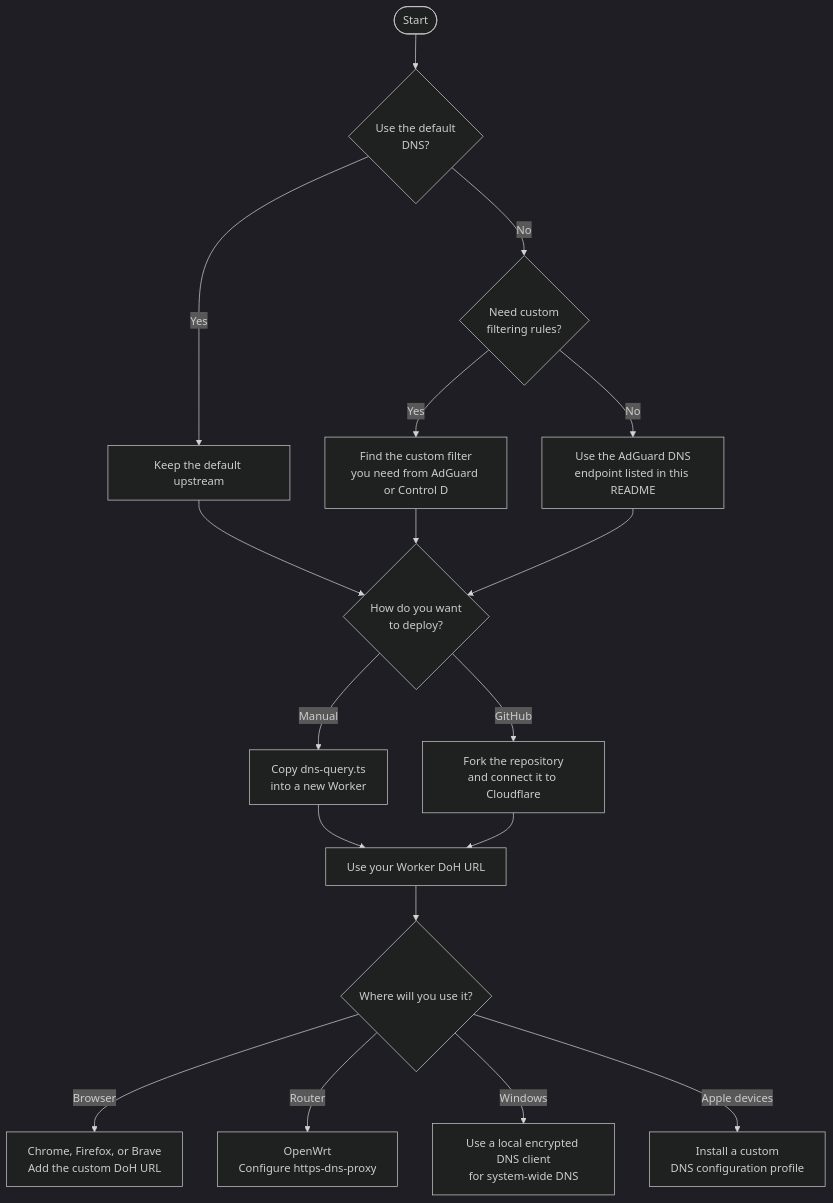
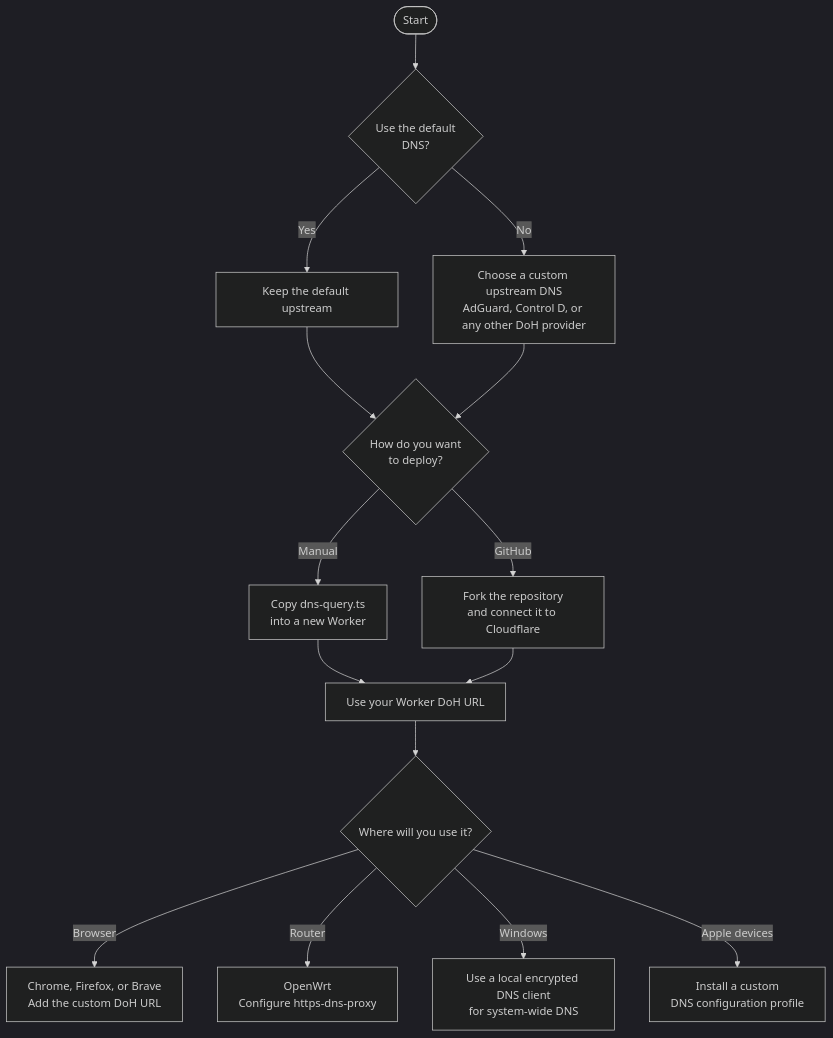
One commit to SinaMombeiny/DoH-CFW changed the diagram in README.md. Above: the diagram before and after it, drawn with Mermaid (dark theme).

Commit message:
Simplify Quick Configuration Guide flowchart: remove unnecessary decision node

````diff
--- a/README.md
+++ b/README.md
@@ -27,20 +27,17 @@
 ```mermaid
 flowchart TD
     A([Start]) --> B{Use the default<br/>DNS?}
     B -->|Yes| C[Keep the default upstream]
-    B -->|No| D{Need custom<br/>filtering rules?}
-    D -->|Yes| E[Find the custom filter<br/>you need from AdGuard or Control D]
-    D -->|No| F[Use the AdGuard DNS<br/>endpoint listed in this README]
+    B -->|No| D[Choose a custom upstream DNS<br/>AdGuard, Control D, or any other DoH provider]
     C --> G{How do you want<br/>to deploy?}
-    E --> G
-    F --> G
+    D --> G
     G -->|Manual| H[Copy dns-query.ts<br/>into a new Worker]
     G -->|GitHub| I[Fork the repository<br/>and connect it to Cloudflare]
     H --> J[Use your Worker DoH URL]
     I --> J
     J --> K{Where will you use it?}
     K -->|Browser| L[Chrome, Firefox, or Brave<br/>Add the custom DoH URL]
     K -->|Router| M[OpenWrt<br/>Configure https-dns-proxy]
     K -->|Windows| N[Use a local encrypted DNS client<br/>for system-wide DNS]
     K -->|Apple devices| O[Install a custom<br/>DNS configuration profile]
 ```
````
